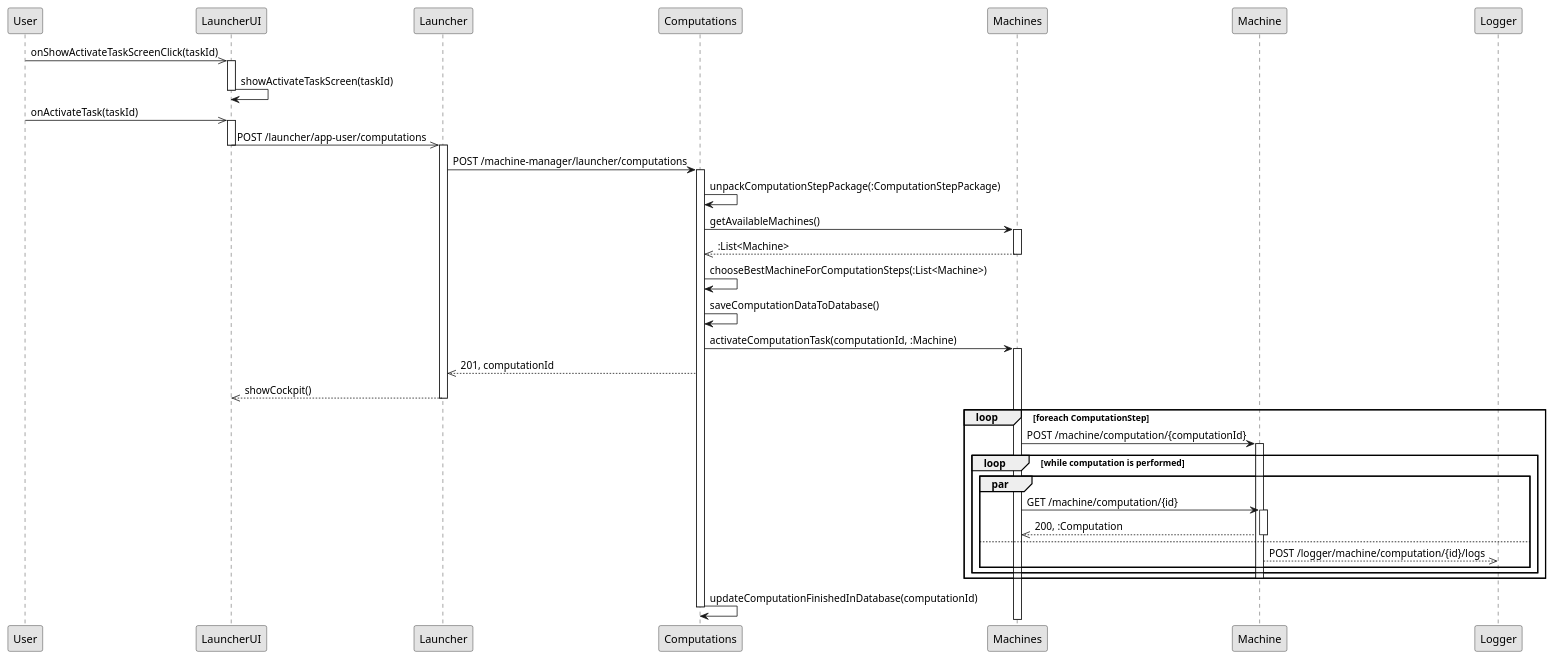
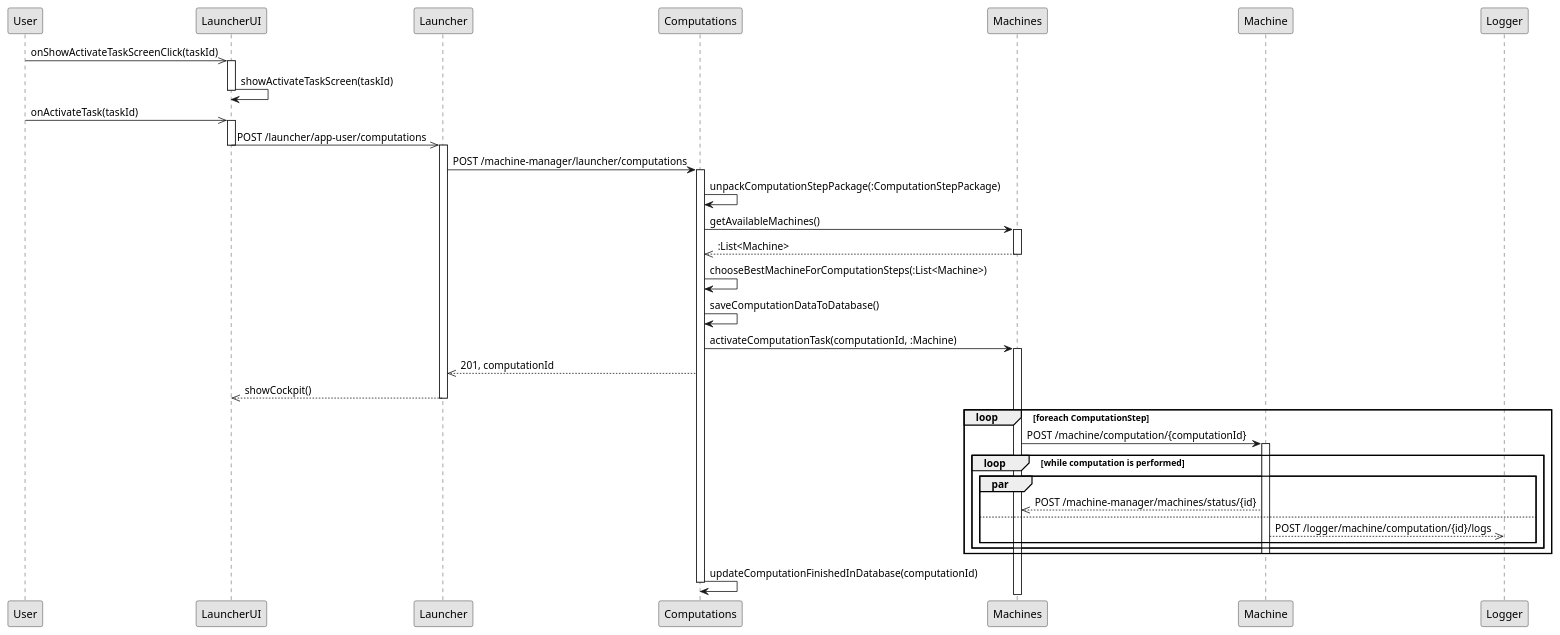
Before and after one commit to Plan-B-PO/docs: the diagram in sequences/T4_sequence_main.puml, drawn with PlantUML. The commit also changed 6 other files, not shown here.

Commit message:
Add sequance diagrams

```diff
--- a/sequences/T4_sequence_main.puml
+++ b/sequences/T4_sequence_main.puml
@@ -1,76 +1,72 @@
 @startuml
 
 skinparam monochrome true
 
 '''''''''''''''''''
 'INITIAL SCREEN
 
 User ->> LauncherUI : onShowActivateTaskScreenClick(taskId)
 activate LauncherUI
 LauncherUI -> LauncherUI : showActivateTaskScreen(taskId)
 deactivate LauncherUI
 
 '''''''''''''''''''
 'ACTIVATE TRIGGER
 
 User ->> LauncherUI : onActivateTask(taskId)
 activate LauncherUI
 
 LauncherUI ->> Launcher : POST /launcher​/app-user​/computations
 deactivate LauncherUI
 activate Launcher
 
 Launcher -> Computations : POST /machine-manager/launcher/computations
 activate Computations
 
 Computations -> Computations : unpackComputationStepPackage(:ComputationStepPackage)
 
 Computations -> Machines : getAvailableMachines()
 activate Machines
 Machines -->> Computations : :List<Machine>
 deactivate Machines
 
 Computations -> Computations : chooseBestMachineForComputationSteps(:List<Machine>)
 Computations -> Computations : saveComputationDataToDatabase()
 
 Computations -> Machines : activateComputationTask(computationId, :Machine)
 activate Machines
 
 Computations -->> Launcher : 201, computationId
 Launcher -->> LauncherUI : showCockpit()
 deactivate Launcher
 
 ''''''''''''''''''
 ' COMPUTATION
 
 loop foreach ComputationStep
 
     Machines -> Machine : POST /machine/computation/{computationId}
     activate Machine
 
     loop while computation is performed
 
         par
 
-            Machines -> Machine : GET ​/machine​/computation​/{id}
-            activate Machine
-
-            Machine -->> Machines : 200, :Computation
-            deactivate Machine
+			Machine -->> Machines : POST /machine-manager/machines/status/{id}
 
         else
 
             Machine -->> Logger : POST /logger/machine/computation/{id}/logs
 
         end par
 
     end loop
 
     deactivate Machine
 
 end loop
 
 Computations -> Computations : updateComputationFinishedInDatabase(computationId)
 deactivate Computations
 
 @enduml
```
